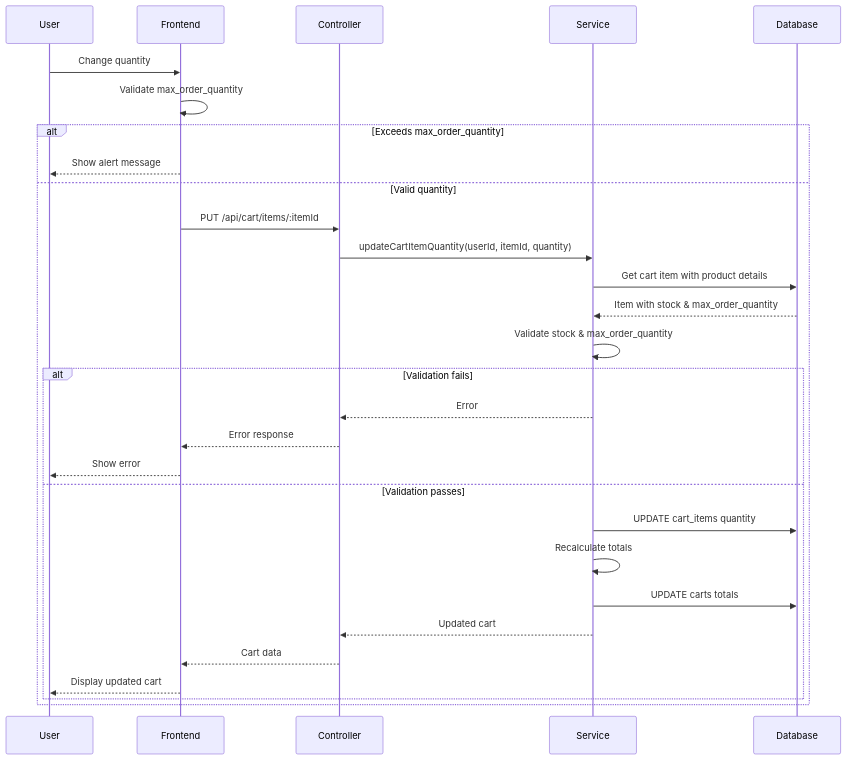
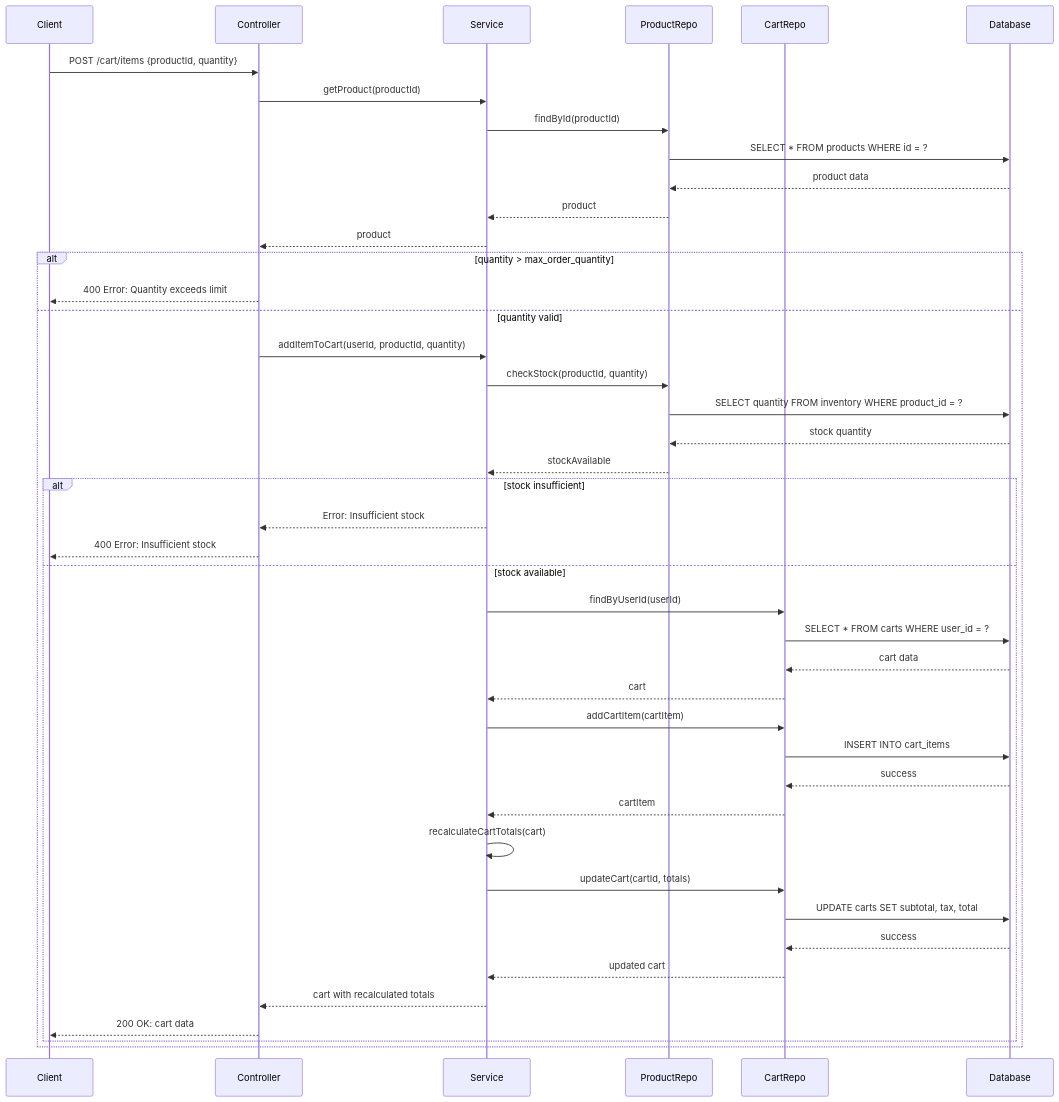
Before and after one commit to NavneetBN47/aava-ecom-demo: the second of 2 diagrams in docs/LLD/lld.md, drawn with Mermaid. The commit also changed other lines of this file, not shown here.

````diff
--- a/docs/LLD/lld.md
+++ b/docs/LLD/lld.md
@@ -1368,32 +570,51 @@
 ```mermaid
 sequenceDiagram
-    participant User
-    participant Frontend
+    participant Client
     participant Controller
     participant Service
+    participant ProductRepo
+    participant CartRepo
     participant Database
 
-    User->>Frontend: Change quantity
-    Frontend->>Frontend: Validate max_order_quantity
-    alt Exceeds max_order_quantity
-        Frontend-->>User: Show alert message
-    else Valid quantity
-        Frontend->>Controller: PUT /api/cart/items/:itemId
-        Controller->>Service: updateCartItemQuantity(userId, itemId, quantity)
-        Service->>Database: Get cart item with product details
-        Database-->>Service: Item with stock & max_order_quantity
-        Service->>Service: Validate stock & max_order_quantity
-        alt Validation fails
-            Service-->>Controller: Error
-            Controller-->>Frontend: Error response
-            Frontend-->>User: Show error
-        else Validation passes
-            Service->>Database: UPDATE cart_items quantity
-            Service->>Service: Recalculate totals
-            Service->>Database: UPDATE carts totals
-            Service-->>Controller: Updated cart
-            Controller-->>Frontend: Cart data
-            Frontend-->>User: Display updated cart
+    Client->>Controller: POST /cart/items {productId, quantity}
+    Controller->>Service: getProduct(productId)
+    Service->>ProductRepo: findById(productId)
+    ProductRepo->>Database: SELECT * FROM products WHERE id = ?
+    Database-->>ProductRepo: product data
+    ProductRepo-->>Service: product
+    Service-->>Controller: product
+    
+    alt quantity > max_order_quantity
+        Controller-->>Client: 400 Error: Quantity exceeds limit
+    else quantity valid
+        Controller->>Service: addItemToCart(userId, productId, quantity)
+        Service->>ProductRepo: checkStock(productId, quantity)
+        ProductRepo->>Database: SELECT quantity FROM inventory WHERE product_id = ?
+        Database-->>ProductRepo: stock quantity
+        ProductRepo-->>Service: stockAvailable
+        
+        alt stock insufficient
+            Service-->>Controller: Error: Insufficient stock
+            Controller-->>Client: 400 Error: Insufficient stock
+        else stock available
+            Service->>CartRepo: findByUserId(userId)
+            CartRepo->>Database: SELECT * FROM carts WHERE user_id = ?
+            Database-->>CartRepo: cart data
+            CartRepo-->>Service: cart
+            
+            Service->>CartRepo: addCartItem(cartItem)
+            CartRepo->>Database: INSERT INTO cart_items
+            Database-->>CartRepo: success
+            CartRepo-->>Service: cartItem
+            
+            Service->>Service: recalculateCartTotals(cart)
+            Service->>CartRepo: updateCart(cartId, totals)
+            CartRepo->>Database: UPDATE carts SET subtotal, tax, total
+            Database-->>CartRepo: success
+            CartRepo-->>Service: updated cart
+            
+            Service-->>Controller: cart with recalculated totals
+            Controller-->>Client: 200 OK: cart data
         end
     end
 ```
````
